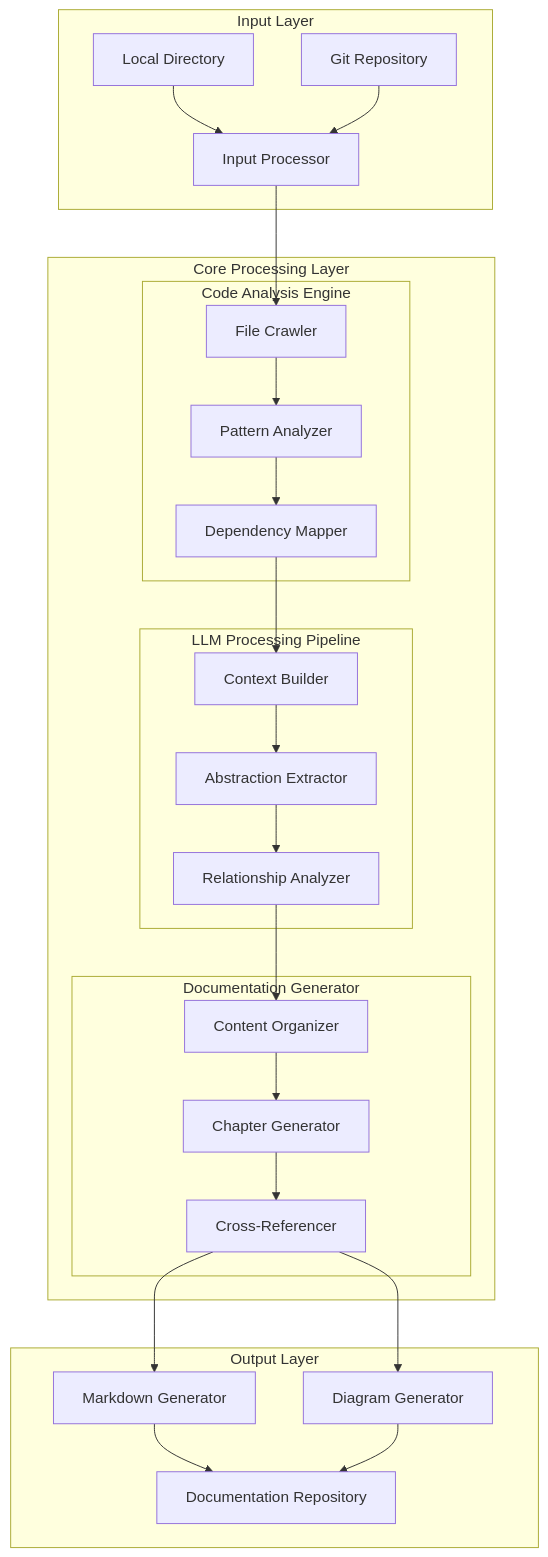
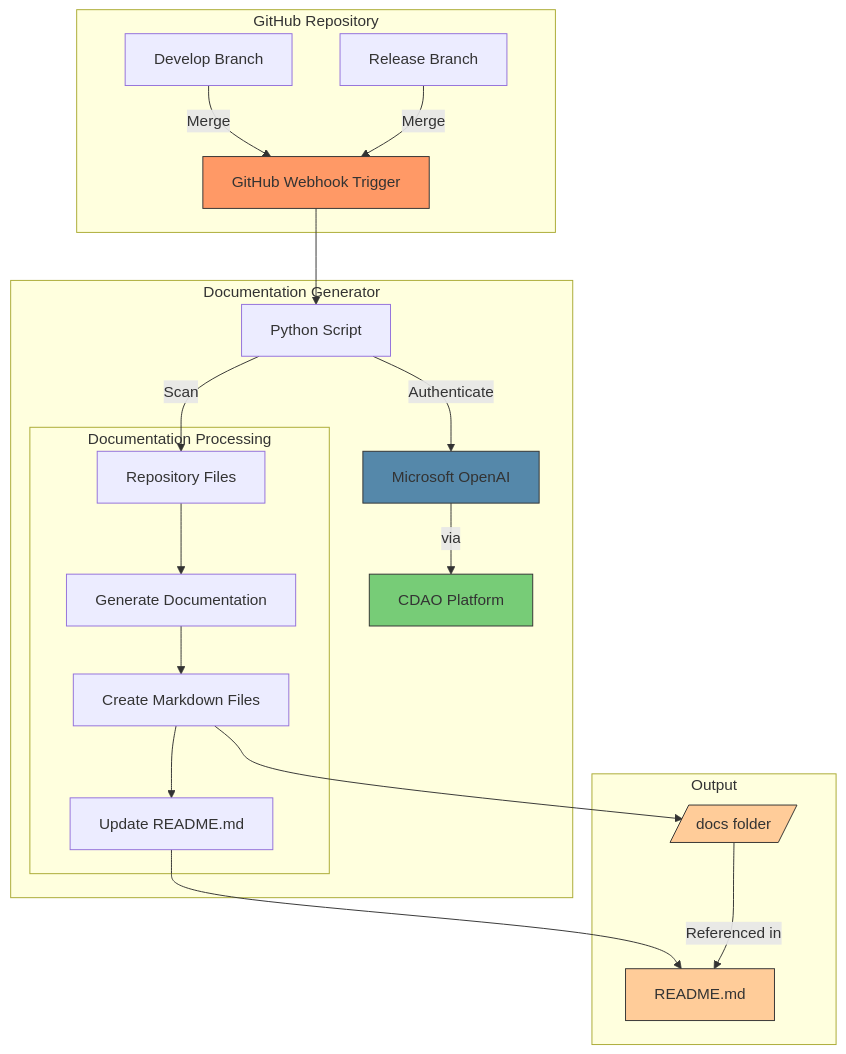
Before and after one commit to MithunKiniStar/E-Commerce-Microservice-master: the diagram in output/test.md, drawn with Mermaid. The commit also changed other lines of this file, not shown here.

````diff
--- a/output/test.md
+++ b/output/test.md
@@ -9,35 +3,34 @@
 ```mermaid
 graph TB
-    subgraph Input Layer
-        A1[Local Directory] --> P1
-        A2[Git Repository] --> P1
-        P1[Input Processor]
+    subgraph "GitHub Repository"
+        B1[Develop Branch] --> |Merge| T1
+        B2[Release Branch] --> |Merge| T1
+        T1[GitHub Webhook Trigger]
     end
 
-    subgraph Core Processing Layer
-        P1 --> B1
-        subgraph "Code Analysis Engine"
-            B1[File Crawler] --> B2[Pattern Analyzer]
-            B2 --> B3[Dependency Mapper]
-        end
+    subgraph "Documentation Generator"
+        T1 --> P1[Python Script]
+        P1 --> |Authenticate| M1[Microsoft OpenAI]
+        M1 --> |via| C1[CDAO Platform]
         
-        B3 --> C1
-        subgraph "LLM Processing Pipeline"
-            C1[Context Builder] --> C2[Abstraction Extractor]
-            C2 --> C3[Relationship Analyzer]
-        end
+        P1 --> |Scan| F1[Repository Files]
         
-        C3 --> D1
-        subgraph "Documentation Generator"
-            D1[Content Organizer] --> D2[Chapter Generator]
-            D2 --> D3[Cross-Referencer]
+        subgraph "Documentation Processing"
+            F1 --> D1[Generate Documentation]
+            D1 --> D2[Create Markdown Files]
+            D2 --> D3[Update README.md]
         end
     end
 
-    subgraph Output Layer
-        D3 --> E1[Markdown Generator]
-        D3 --> E2[Diagram Generator]
-        E1 --> F1[Documentation Repository]
-        E2 --> F1
+    subgraph "Output"
+        D2 --> O1[/docs folder/]
+        D3 --> O2[README.md]
+        O1 --> |Referenced in| O2
     end
+
+    style T1 fill:#f96,stroke:#333
+    style M1 fill:#58a,stroke:#333
+    style C1 fill:#7c7,stroke:#333
+    style O1 fill:#fc9,stroke:#333
+    style O2 fill:#fc9,stroke:#333
 ```
````
